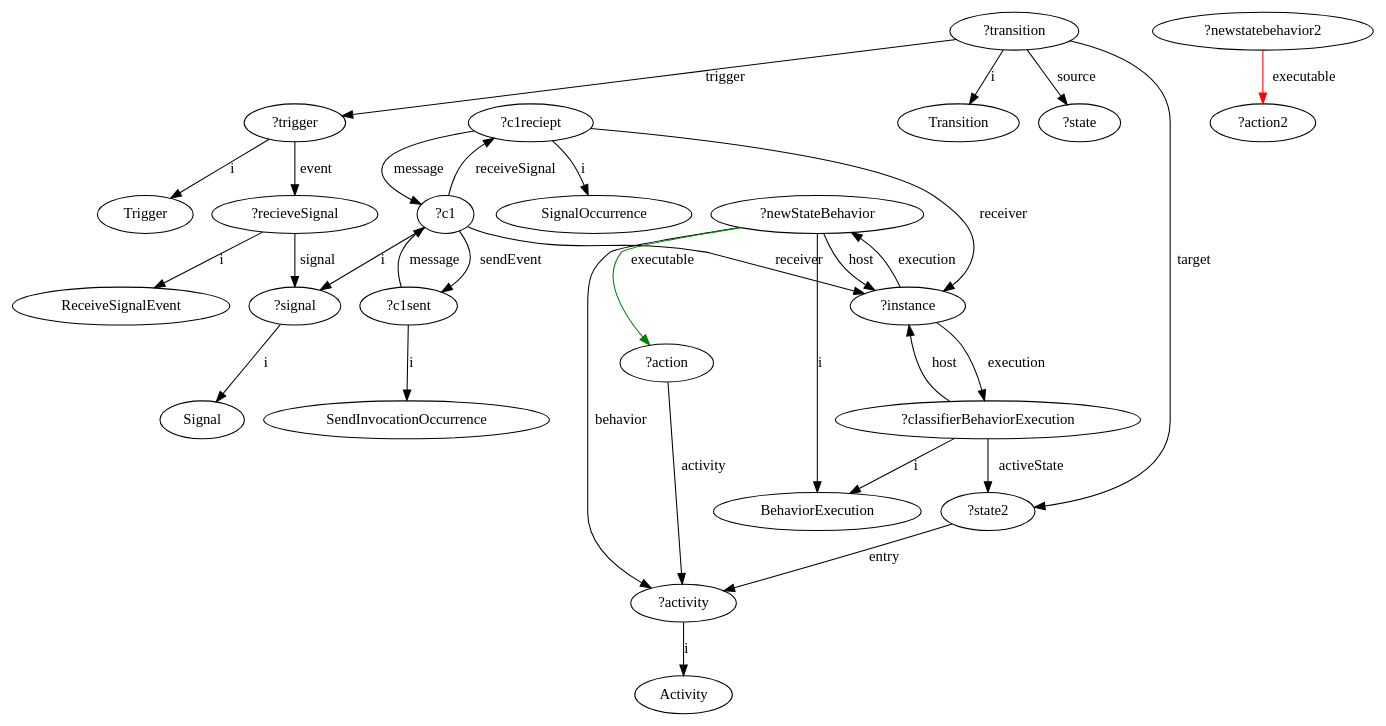
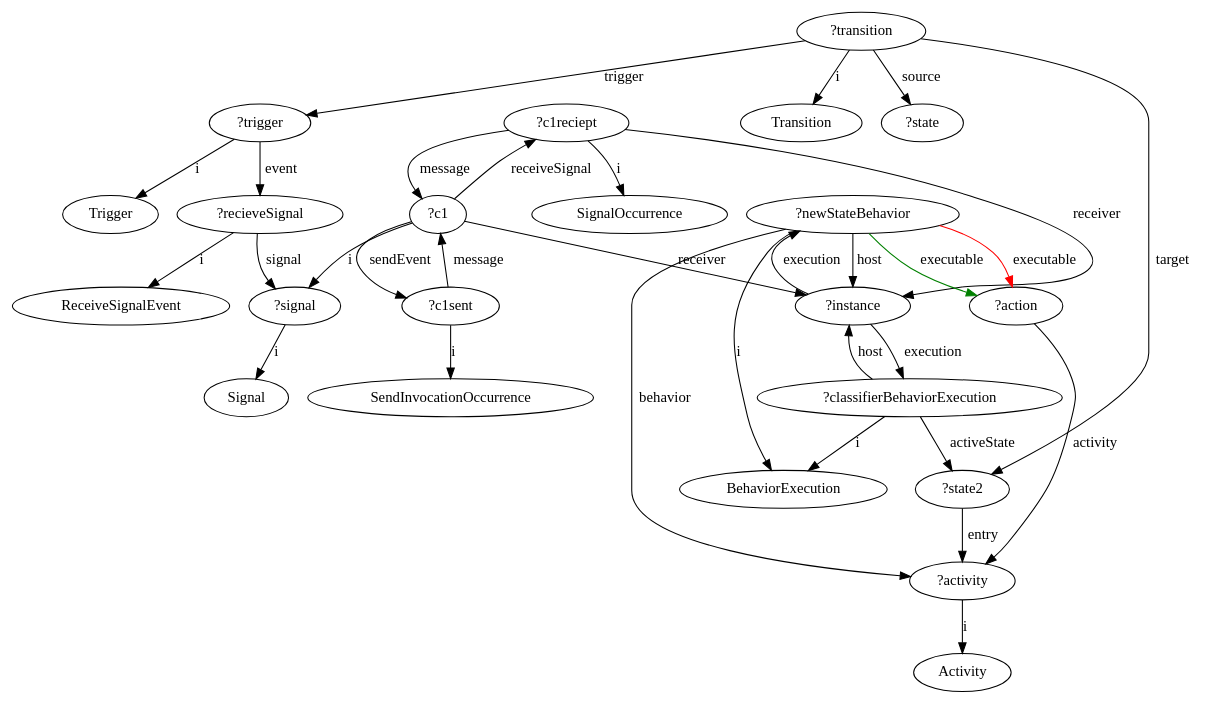
The diagram in GraphOutputs/acceptEventAction-WithActivity-ExecutableEdges.dot (luisneiva/graf-framework), drawn with Graphviz before and after one commit. The commit also changed 24 other files, not shown here.

```diff
--- a/GraphOutputs/acceptEventAction-WithActivity-ExecutableEdges.dot
+++ b/GraphOutputs/acceptEventAction-WithActivity-ExecutableEdges.dot
@@ -1,33 +1,33 @@
 digraph acceptEventAction_WithActivity_ExecutableEdges {
 	"?signal" -> "Signal" [label="i"]
 	"?recieveSignal" -> "?signal" [label="signal"]
 	"?trigger" -> "?recieveSignal" [label="event"]
 	"?recieveSignal" -> "ReceiveSignalEvent" [label="i"]
 	"?trigger" -> "Trigger" [label="i"]
 	"?transition" -> "Transition" [label="i"]
 	"?transition" -> "?trigger" [label="trigger"]
 	"?transition" -> "?state" [label="source"]
 	"?transition" -> "?state2" [label="target"]
 	"?classifierBehaviorExecution" -> "BehaviorExecution" [label="i"]
 	"?classifierBehaviorExecution" -> "?instance" [label="host"]
 	"?instance" -> "?classifierBehaviorExecution" [label="execution"]
 	"?c1reciept" -> "?instance" [label="receiver"]
 	"?c1reciept" -> "SignalOccurrence" [label="i"]
 	"?c1" -> "?instance" [label="receiver"]
 	"?c1sent" -> "?c1" [label="message"]
 	"?c1" -> "?c1sent" [label="sendEvent"]
 	"?c1sent" -> "SendInvocationOccurrence" [label="i"]
 	"?c1" -> "?c1reciept" [label="receiveSignal"]
 	"?c1" -> "?signal" [label="i"]
 	"?classifierBehaviorExecution" -> "?state2" [label="activeState"]
 	"?c1reciept" -> "?c1" [label="message"]
 	"?activity" -> "Activity" [label="i"]
 	"?state2" -> "?activity" [label="entry"]
 	"?newStateBehavior" -> "?activity" [label="behavior"]
 	"?newStateBehavior" -> "BehaviorExecution" [label="i"]
 	"?newStateBehavior" -> "?instance" [label="host"]
 	"?instance" -> "?newStateBehavior" [label="execution"]
 	"?action" -> "?activity" [label="activity"]
 	"?newStateBehavior" -> "?action" [label="executable", color="green"]
-	"?newstatebehavior2" -> "?action2" [label="executable", color="red"]
+	"?newStateBehavior" -> "?action" [label="executable", color="red"]
 }
```
